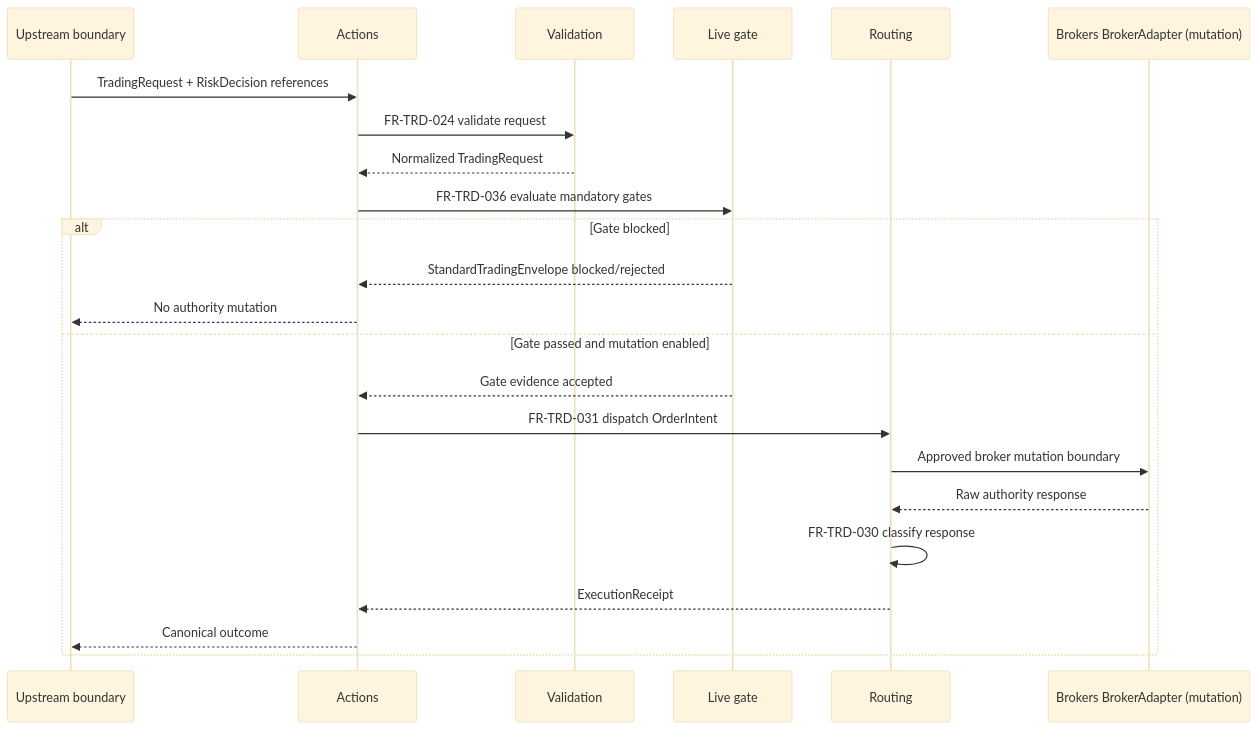
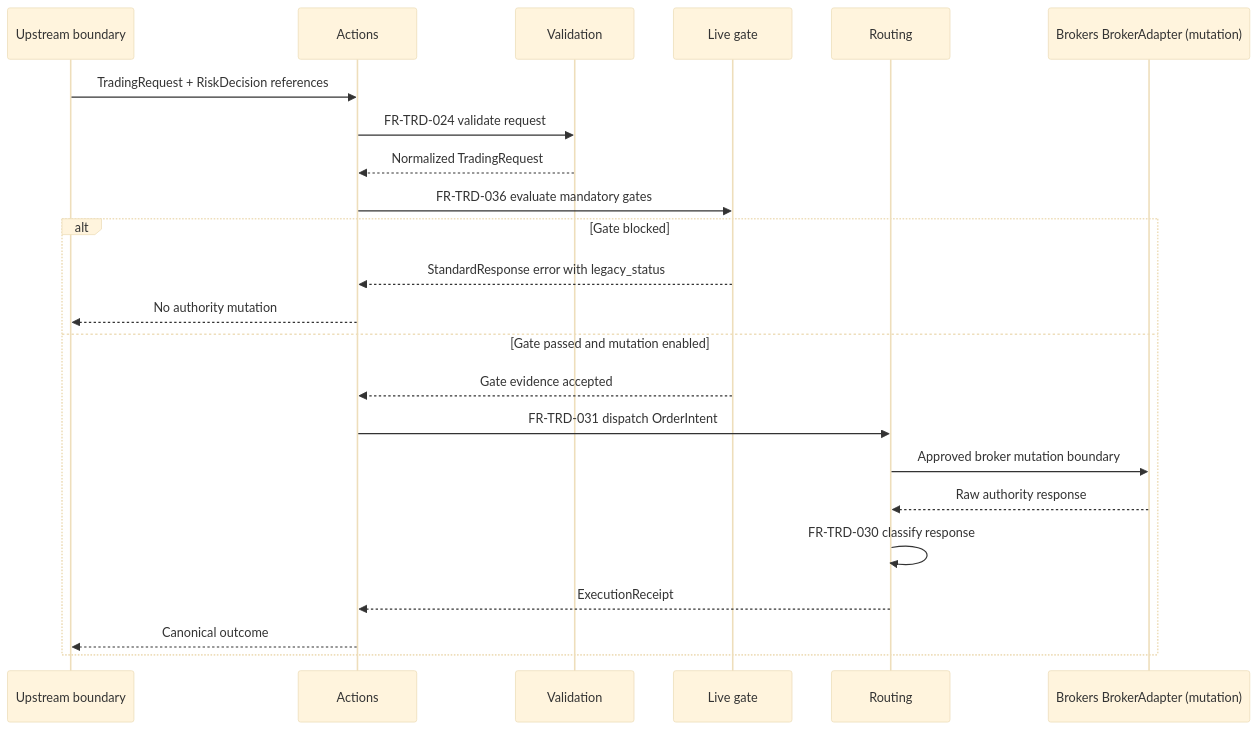
One commit to haruperi/HaruQuantAI changed the third of 3 diagrams in app/services/trading/README.md. Above: the diagram before and after it, drawn with Mermaid (base theme). The commit also changed other lines of this file and 84 other files, not shown here.

Commit message:
feat(trading): migrate public responses to StandardResponse

````diff
--- a/app/services/trading/README.md
+++ b/app/services/trading/README.md
@@ -396,26 +401,26 @@
 ```mermaid
 sequenceDiagram
     participant U as Upstream boundary
     participant A as Actions
     participant V as Validation
     participant L as Live gate
     participant R as Routing
     participant B as Brokers BrokerAdapter (mutation)
 
     U->>A: TradingRequest + RiskDecision references
     A->>V: FR-TRD-024 validate request
     V-->>A: Normalized TradingRequest
     A->>L: FR-TRD-036 evaluate mandatory gates
     alt Gate blocked
-        L-->>A: StandardTradingEnvelope blocked/rejected
+        L-->>A: StandardResponse error with legacy_status
         A-->>U: No authority mutation
     else Gate passed and mutation enabled
         L-->>A: Gate evidence accepted
         A->>R: FR-TRD-031 dispatch OrderIntent
         R->>B: Approved broker mutation boundary
         B-->>R: Raw authority response
         R->>R: FR-TRD-030 classify response
         R-->>A: ExecutionReceipt
         A-->>U: Canonical outcome
     end
 ```
````
